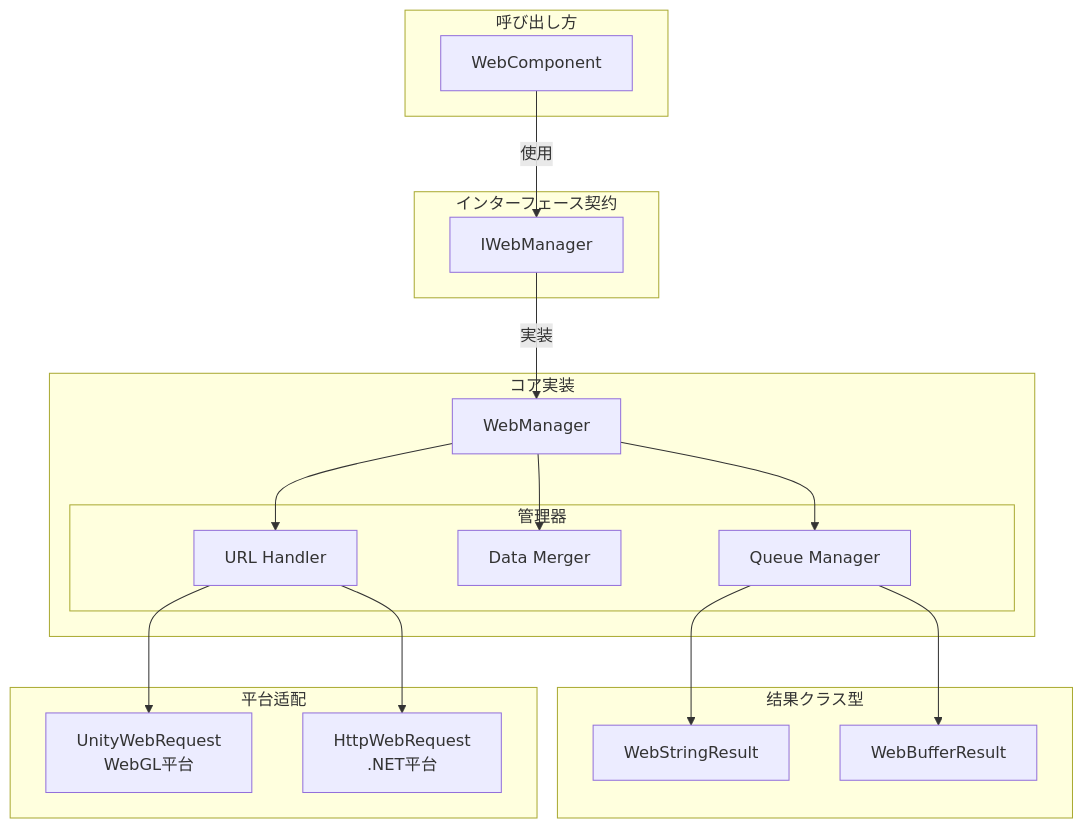
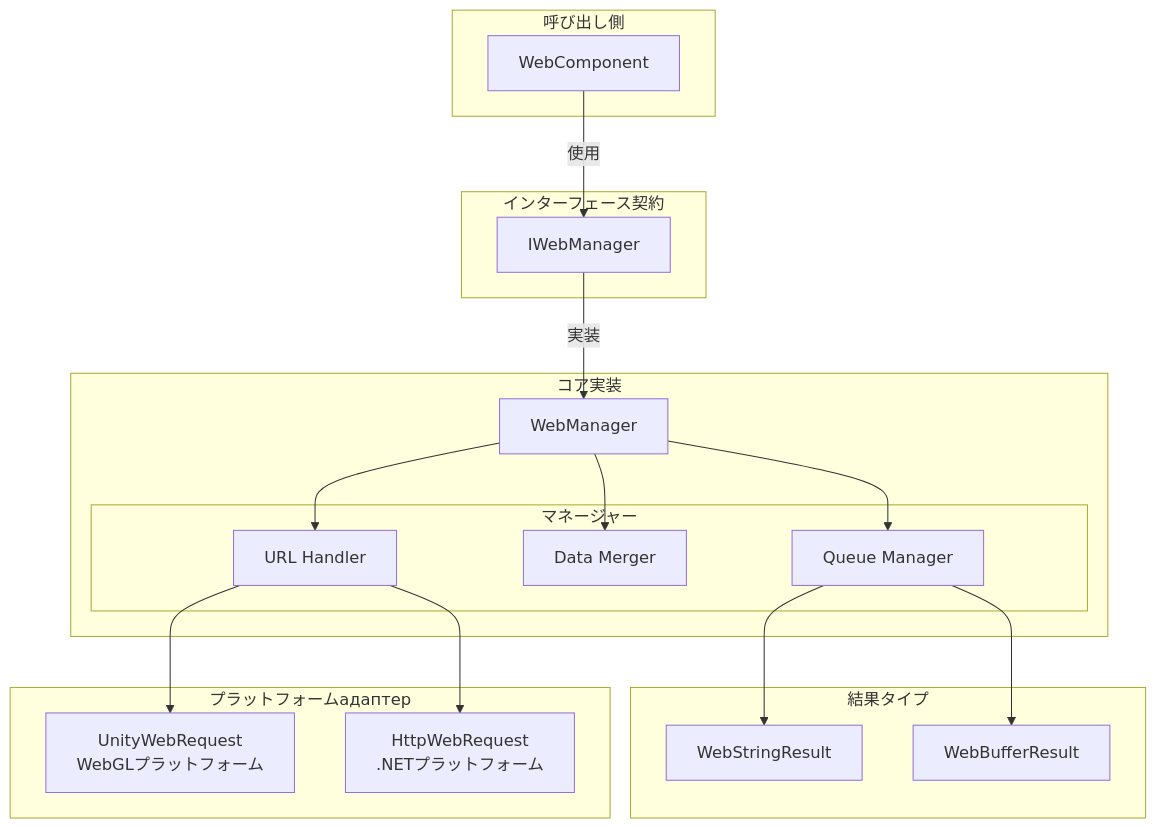
Before and after one commit to AlianBlank/GameFrameX.Docs: the first of 2 diagrams in docs/ja/client/unity/component/web/04.iwebmanager-interface.md, drawn with Mermaid. The commit also changed other lines of this file and 320 other files, not shown here.

````diff
--- a/docs/ja/client/unity/component/web/04.iwebmanager-interface.md
+++ b/docs/ja/client/unity/component/web/04.iwebmanager-interface.md
@@ -23,39 +23,39 @@
 ```mermaid
 graph TD
-    subgraph Client["呼び出し方"]
+    subgraph Client["呼び出し側"]
         UC[WebComponent]
     end
     
-    subgraph Contract["インターフェース契约"]
+    subgraph Contract["インターフェース契約"]
         IM[IWebManager]
     end
     
     subgraph Core["コア実装"]
         WM[WebManager]
-        subgraph Manager["管理器"]
+        subgraph Manager["マネージャー"]
             Q[Queue Manager]
             M[Data Merger]
             UH[URL Handler]
         end
     end
     
-    subgraph Result["结果クラス型"]
+    subgraph Result["結果タイプ"]
         WSR[WebStringResult]
         WBR[WebBufferResult]
     end
     
-    subgraph Platform["平台适配"]
-        UWR[UnityWebRequest<br/>WebGL平台]
-        HWR[HttpWebRequest<br/>.NET平台]
+    subgraph Platform["プラットフォームадаптер"]
+        UWR[UnityWebRequest<br/>WebGLプラットフォーム]
+        HWR[HttpWebRequest<br/>.NETプラットフォーム]
     end
     
     UC -->|使用| IM
     IM -->|実装| WM
     WM --> Q
     WM --> M
     WM --> UH
     Q --> WSR
     Q --> WBR
     UH --> UWR
     UH --> HWR
 ```
````
